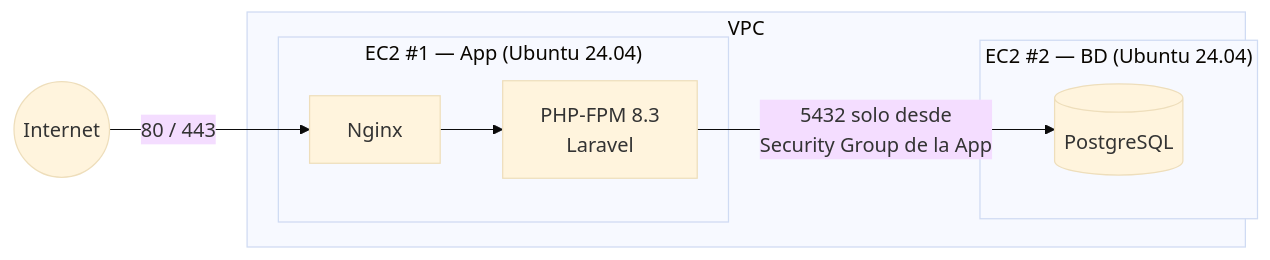
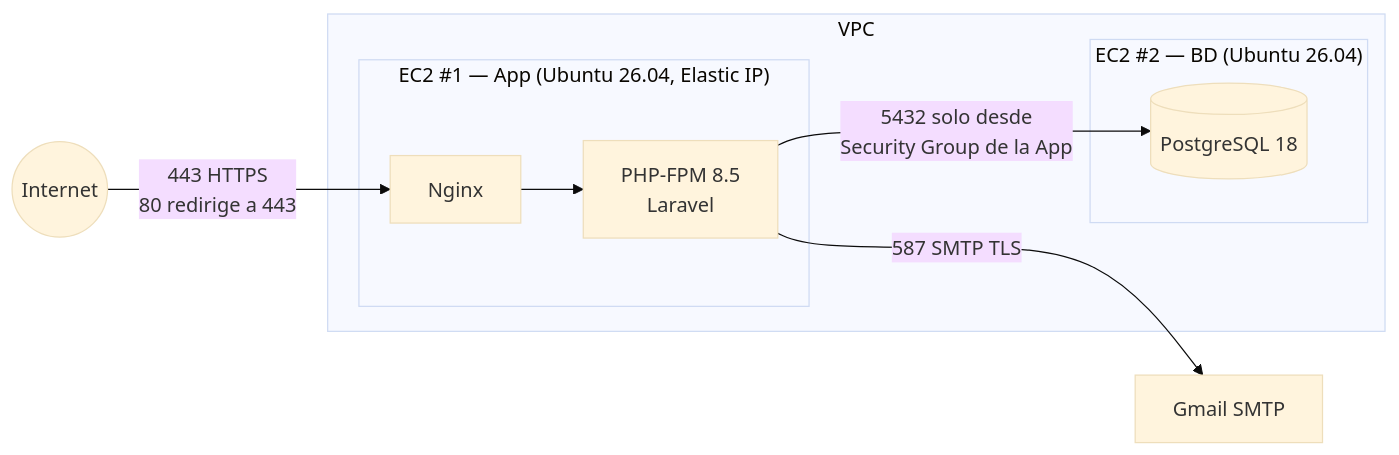
The second of 2 diagrams in docs/01-arquitectura.md (julian402/organizador-laravel), drawn with Mermaid (base theme) before and after one commit. The commit also changed other lines of this file and 4 other files, not shown here.

````diff
--- a/docs/01-arquitectura.md
+++ b/docs/01-arquitectura.md
@@ -57,13 +59,14 @@
 ```mermaid
 flowchart LR
-    I((Internet)) -->|80 / 443| APP
+    I((Internet)) -->|443 HTTPS<br/>80 redirige a 443| APP
     subgraph VPC
-      subgraph "EC2 #1 — App (Ubuntu 24.04)"
-        APP[Nginx] --> FPM[PHP-FPM 8.3<br/>Laravel]
+      subgraph "EC2 #1 — App (Ubuntu 26.04, Elastic IP)"
+        APP[Nginx] --> FPM[PHP-FPM 8.5<br/>Laravel]
       end
-      subgraph "EC2 #2 — BD (Ubuntu 24.04)"
-        PG[(PostgreSQL)]
+      subgraph "EC2 #2 — BD (Ubuntu 26.04)"
+        PG[(PostgreSQL 18)]
       end
       FPM -->|5432 solo desde<br/>Security Group de la App| PG
     end
+    FPM -->|587 SMTP TLS| G[Gmail SMTP]
 ```
````
